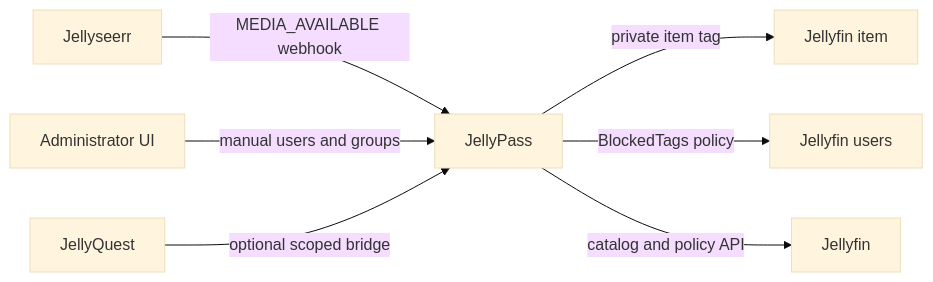
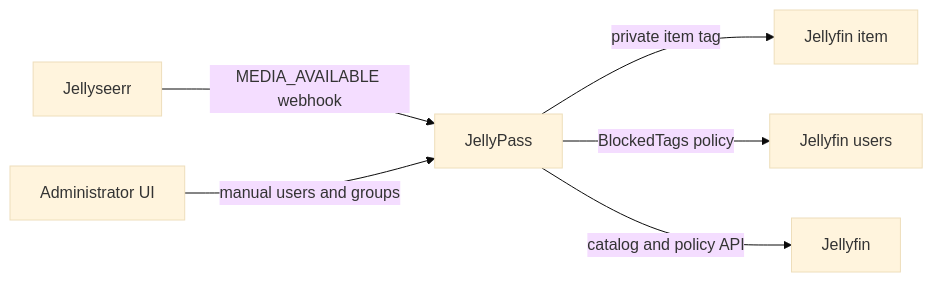
One commit to nicklongmore86/jellypass changed the diagram in README.md. Above: the diagram before and after it, drawn with Mermaid (base theme). The commit also changed other lines of this file and 16 other files, not shown here.

First line of the commit message:
chore: remove JellyQuest support

````diff
--- a/README.md
+++ b/README.md
@@ -48,9 +46,8 @@
 ```mermaid
 flowchart LR
   S[Jellyseerr] -->|MEDIA_AVAILABLE webhook| P[JellyPass]
   P -->|private item tag| I[Jellyfin item]
   P -->|BlockedTags policy| U[Jellyfin users]
   A[Administrator UI] -->|manual users and groups| P
-  J[JellyQuest] -->|optional scoped bridge| P
   P -->|catalog and policy API| F[Jellyfin]
 ```
````
